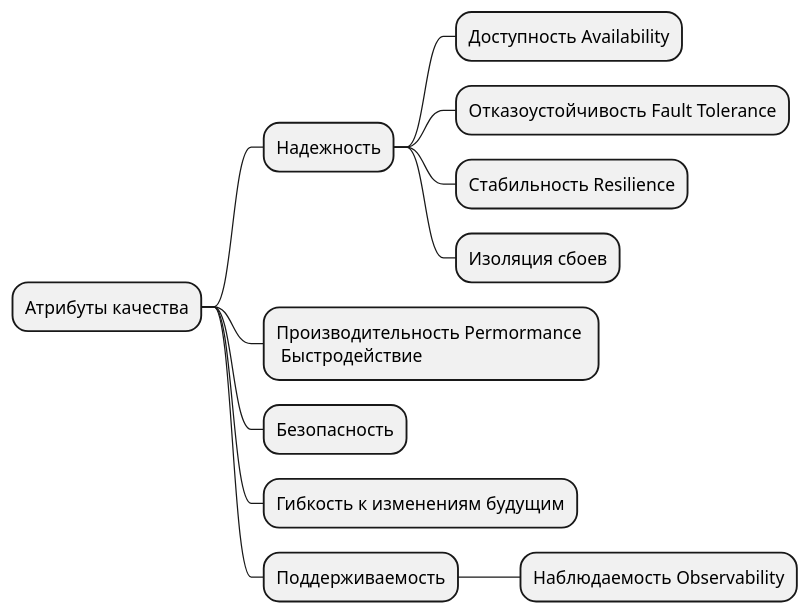
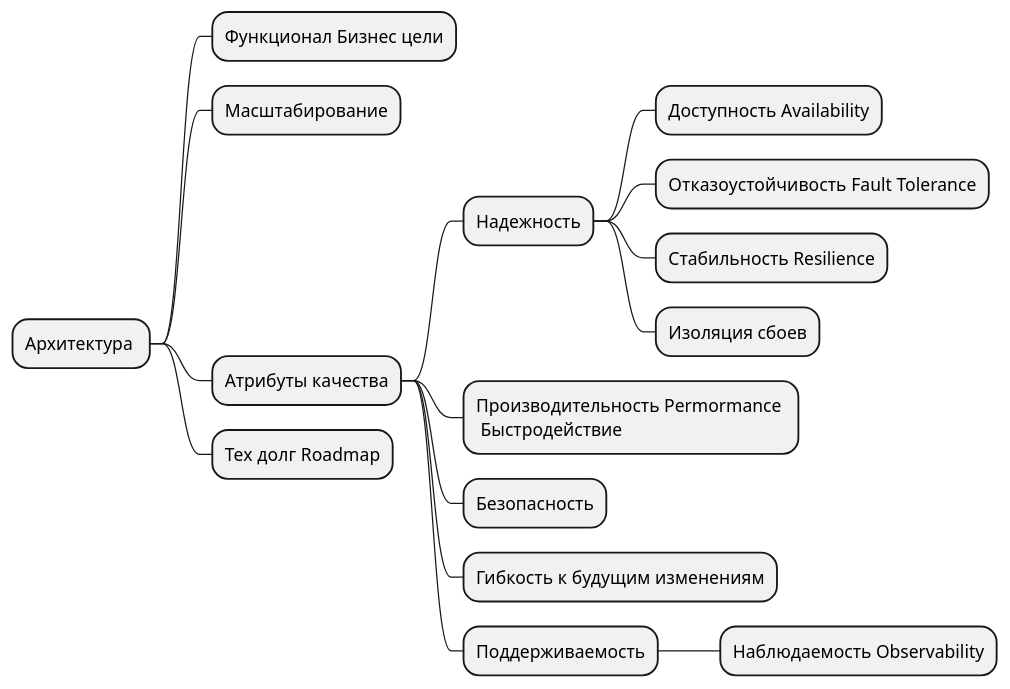
The diagram in arch/arch.puml (daemon110282/daemon110282.github.io), drawn with PlantUML before and after one commit. The commit also changed 15 other files, not shown here.

```diff
--- a/arch/arch.puml
+++ b/arch/arch.puml
@@ -13,16 +1,20 @@
-@startmindmap (id=ability)
+@startmindmap (id=arch)
 
-* Атрибуты качества
-	* Надежность
-		* Доступность Availability
-		* Отказоустойчивость Fault Tolerance
-		* Стабильность Resilience
-		* Изоляция сбоев
-	* Производительность Permormance \n Быстродействие
-	* Безопасность
-	* Гибкость к изменениям будущим
-	* Поддерживаемость
-		* Наблюдаемость Observability
-
+* Архитектура 
+	* Функционал Бизнес цели
+	* Масштабирование
+	* Атрибуты качества
+		* Надежность
+			* Доступность Availability
+			* Отказоустойчивость Fault Tolerance
+			* Стабильность Resilience
+			* Изоляция сбоев
+		* Производительность Permormance \n Быстродействие
+		* Безопасность
+		* Гибкость к будущим изменениям
+		* Поддерживаемость
+			* Наблюдаемость Observability
+	* Тех долг Roadmap
+' !include arch.puml!ability		
 
 @endmindmap
```
